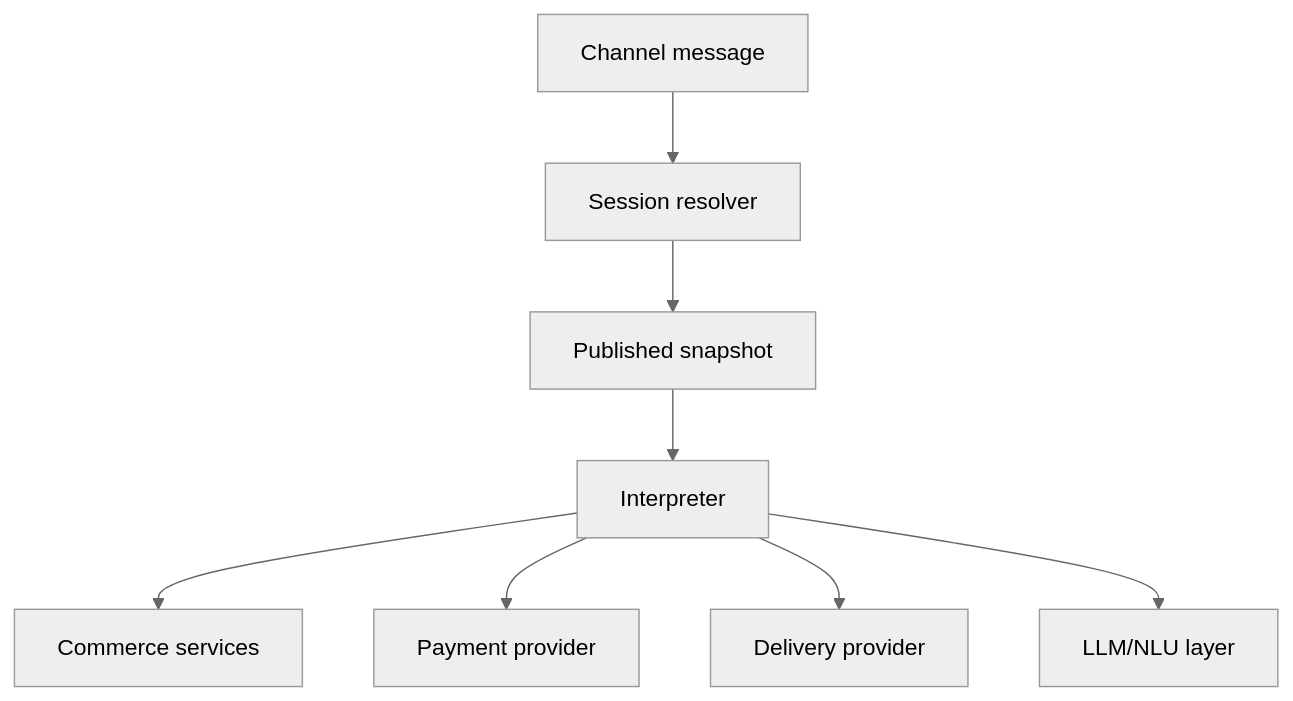
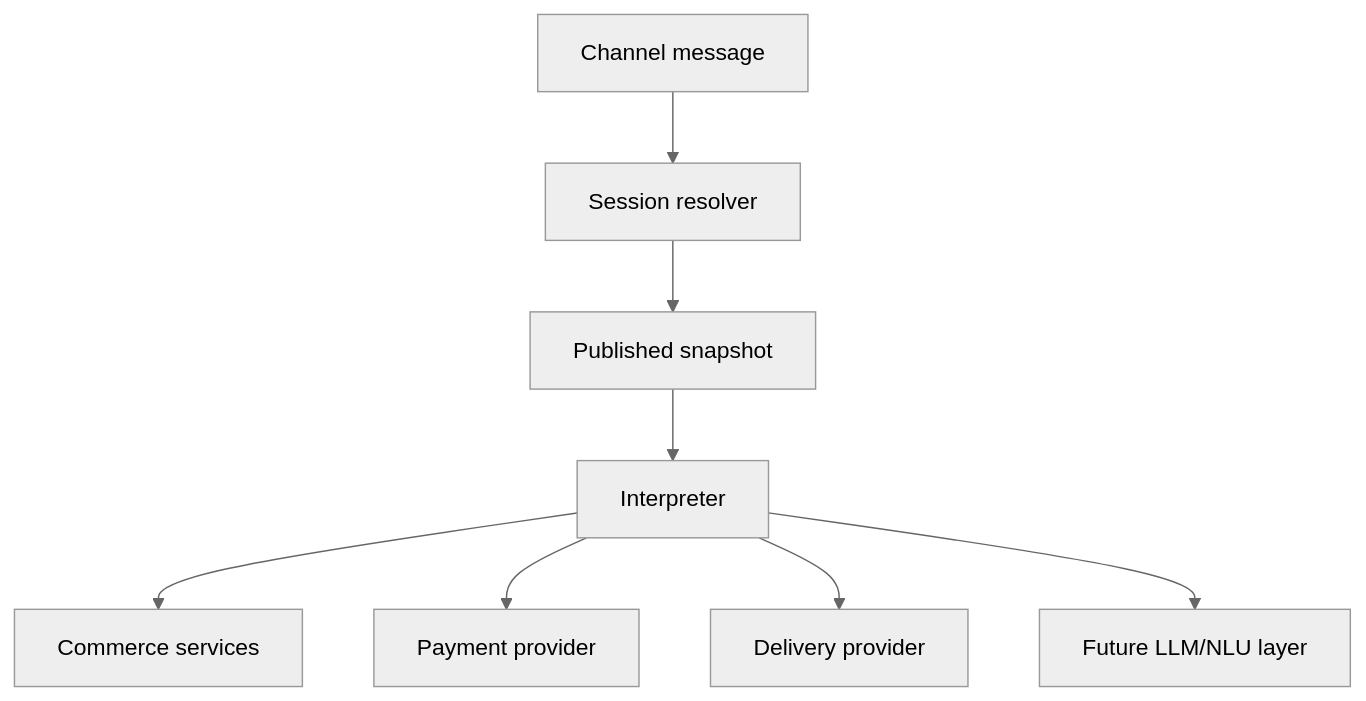
One commit to hidenkeys/Zidicommerce changed the fifth of 5 diagrams in docs/architecture.md. Above: the diagram before and after it, drawn with Mermaid (neutral theme). The commit also changed other lines of this file and 16 other files, not shown here.

````diff
--- a/docs/architecture.md
+++ b/docs/architecture.md
@@ -237,10 +237,10 @@
 ```mermaid
 flowchart TD
     A["Channel message"] --> B["Session resolver"]
     B --> C["Published snapshot"]
     C --> D["Interpreter"]
     D --> E["Commerce services"]
     D --> F["Payment provider"]
     D --> G["Delivery provider"]
-    D --> H["LLM/NLU layer"]
+    D --> H["Future LLM/NLU layer"]
 ```
````
